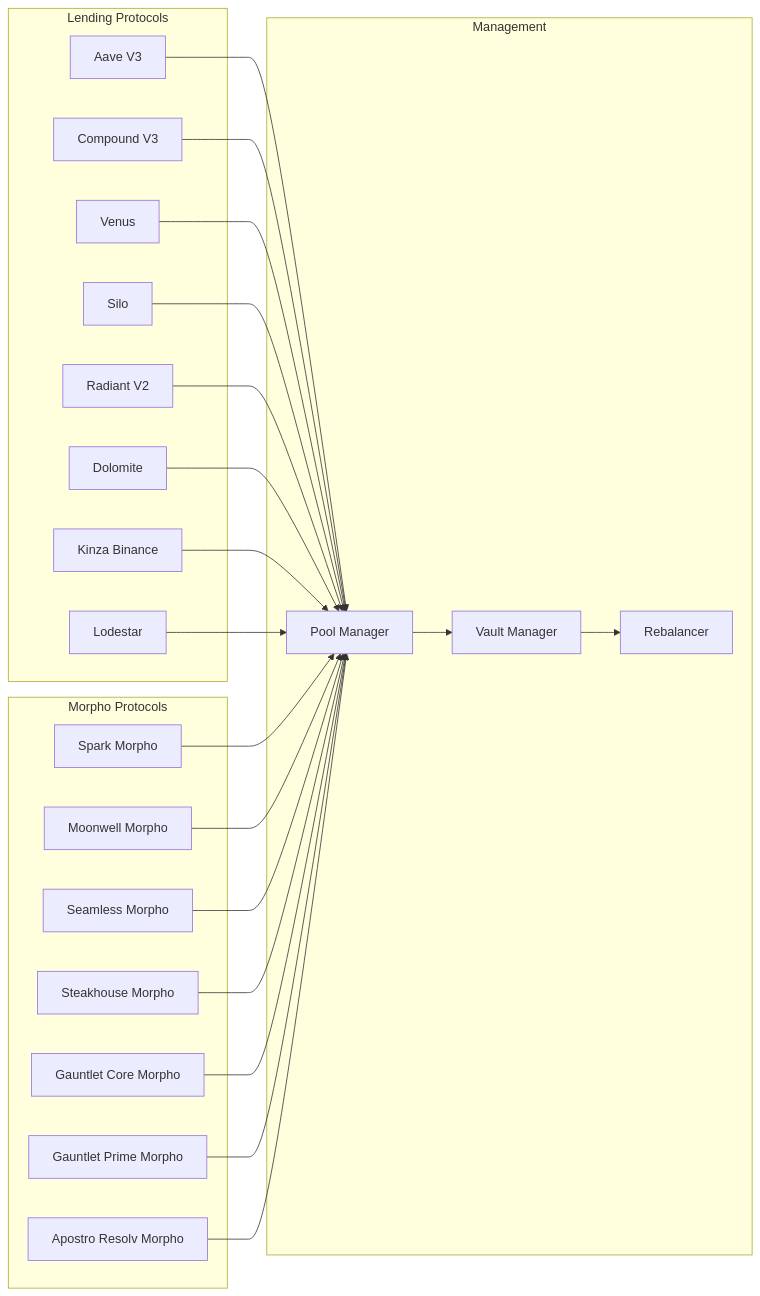
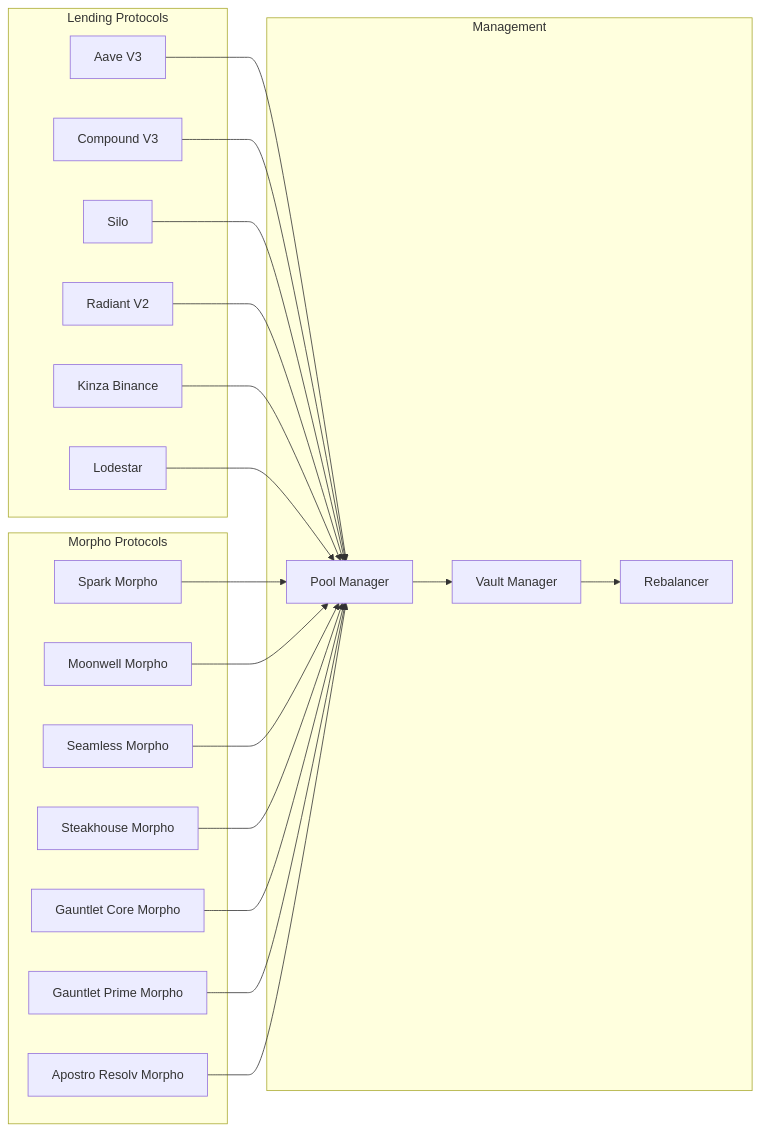
The fifth of 11 diagrams in docs/BUSINESS_LOGIC_GRAPH.md (Thesauros/contracts), drawn with Mermaid before and after one commit. The commit also changed 18 other files, not shown here.

````diff
--- a/docs/BUSINESS_LOGIC_GRAPH.md
+++ b/docs/BUSINESS_LOGIC_GRAPH.md
@@ -158,49 +158,45 @@
 ```mermaid
 graph LR
     subgraph "Lending Protocols"
         AAVE[Aave V3]
         COMPOUND[Compound V3]
-        VENUS[Venus]
         SILO[Silo]
         RADIANT[Radiant V2]
-        DOLOMITE[Dolomite]
         KINZA[Kinza Binance]
         LODESTAR[Lodestar]
     end
     
     subgraph "Morpho Protocols"
         SPARK[Spark Morpho]
         MOONWELL[Moonwell Morpho]
         SEAMLESS[Seamless Morpho]
         STEAKHOUSE[Steakhouse Morpho]
         GAUNTLET_CORE[Gauntlet Core Morpho]
         GAUNTLET_PRIME[Gauntlet Prime Morpho]
         APOSTRO[Apostro Resolv Morpho]
     end
     
     subgraph "Management"
         POOL_MANAGER[Pool Manager]
         VAULT_MANAGER[Vault Manager]
         REBALANCER[Rebalancer]
     end
     
     AAVE --> POOL_MANAGER
     COMPOUND --> POOL_MANAGER
-    VENUS --> POOL_MANAGER
     SILO --> POOL_MANAGER
     RADIANT --> POOL_MANAGER
-    DOLOMITE --> POOL_MANAGER
     KINZA --> POOL_MANAGER
     LODESTAR --> POOL_MANAGER
     
     SPARK --> POOL_MANAGER
     MOONWELL --> POOL_MANAGER
     SEAMLESS --> POOL_MANAGER
     STEAKHOUSE --> POOL_MANAGER
     GAUNTLET_CORE --> POOL_MANAGER
     GAUNTLET_PRIME --> POOL_MANAGER
     APOSTRO --> POOL_MANAGER
     
     POOL_MANAGER --> VAULT_MANAGER
     VAULT_MANAGER --> REBALANCER
 ```
````
